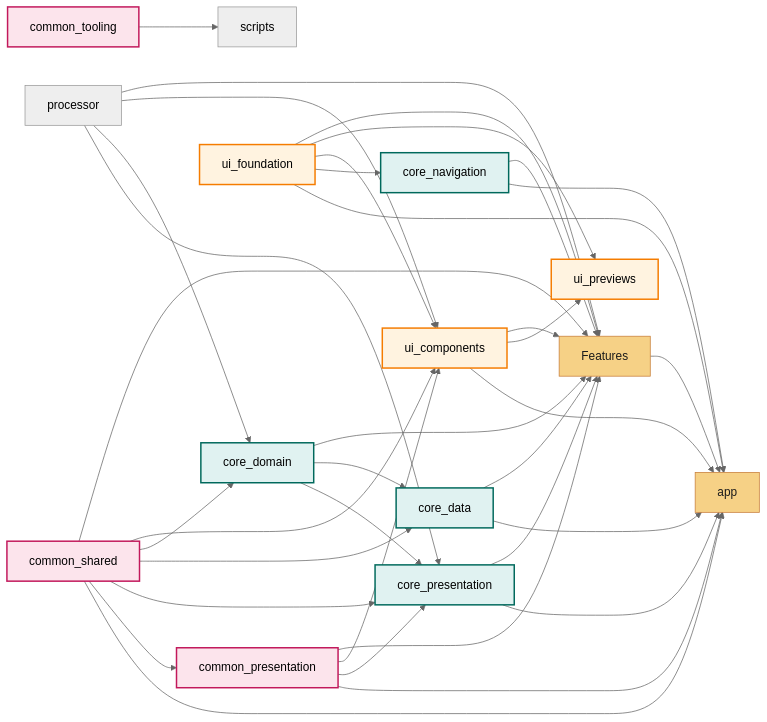
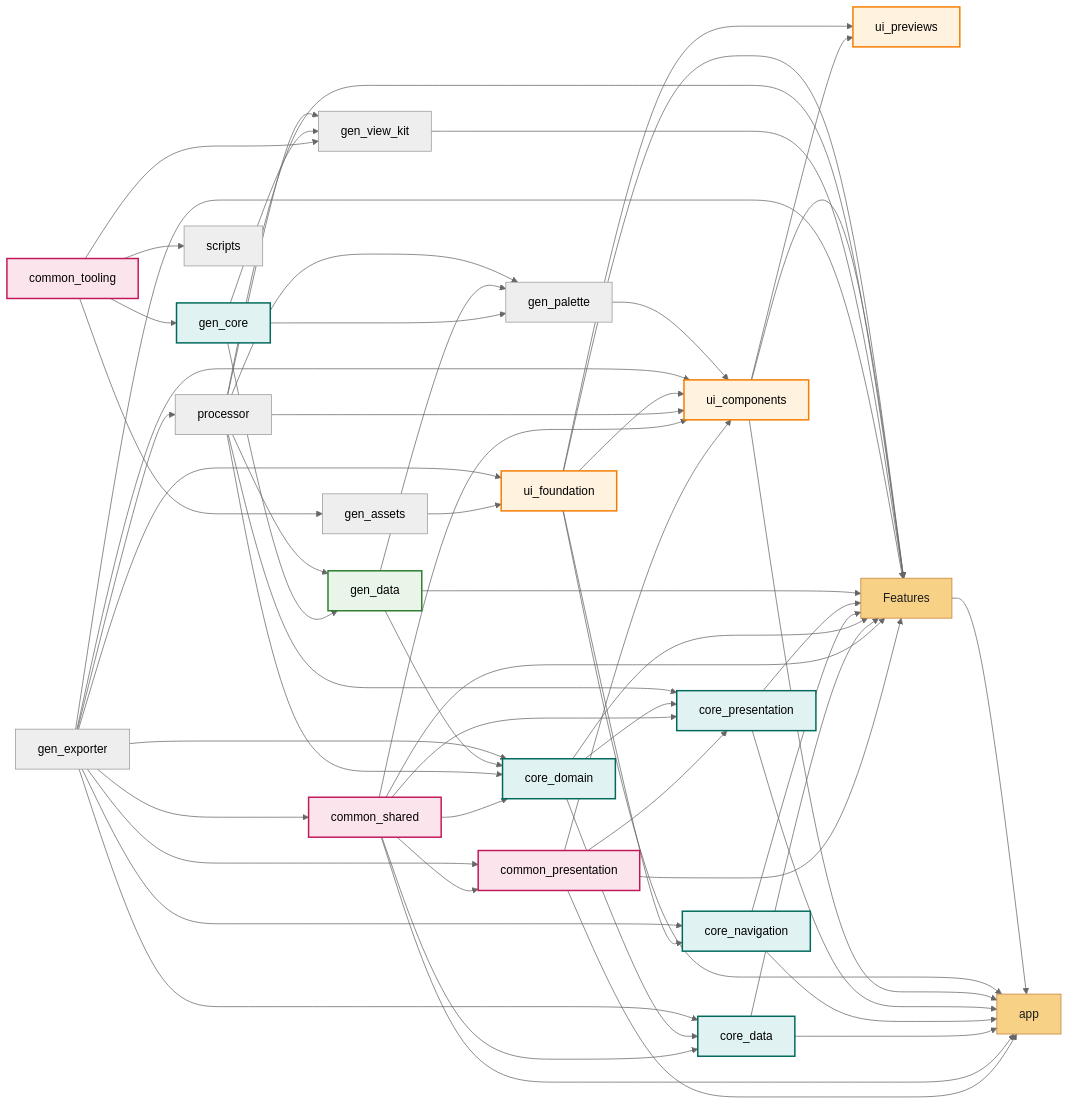
Before and after one commit to hhumbetovv/fullstack-template: the first of 4 diagrams in flutter/module_graph.md, drawn with Mermaid (neutral theme). The commit also changed other lines of this file and 9 other files, not shown here.

```diff
--- a/flutter/module_graph.md
+++ b/flutter/module_graph.md
@@ -19,6 +19,14 @@
     core_navigation:::core
     core_presentation["core_presentation"]
     core_presentation:::core
+    gen_assets["gen_assets"]
+    gen_core["gen_core"]
+    gen_core:::core
+    gen_data["gen_data"]
+    gen_data:::data
+    gen_exporter["gen_exporter"]
+    gen_palette["gen_palette"]
+    gen_view_kit["gen_view_kit"]
     processor["processor"]
     scripts["scripts"]
     ui_components["ui_components"]
@@ -36,20 +44,41 @@
     core_presentation --> app
     ui_components --> app
     ui_foundation --> app
+    gen_exporter --> processor
+    common_tooling --> gen_core
+    common_tooling --> gen_assets
+    gen_core --> gen_data
+    processor --> gen_data
+    gen_core --> gen_palette
+    gen_data --> gen_palette
+    processor --> gen_palette
+    common_tooling --> gen_view_kit
+    gen_core --> gen_view_kit
+    processor --> gen_view_kit
+    gen_exporter --> common_shared
     common_shared --> common_presentation
+    gen_exporter --> common_presentation
     common_presentation --> core_presentation
     common_shared --> core_presentation
     core_domain --> core_presentation
     processor --> core_presentation
     ui_foundation --> core_navigation
+    gen_exporter --> core_navigation
     common_shared --> core_data
     core_domain --> core_data
+    gen_exporter --> core_data
     common_shared --> core_domain
     processor --> core_domain
+    gen_data --> core_domain
+    gen_exporter --> core_domain
+    gen_assets --> ui_foundation
+    gen_exporter --> ui_foundation
     common_presentation --> ui_components
     common_shared --> ui_components
     processor --> ui_components
     ui_foundation --> ui_components
+    gen_exporter --> ui_components
+    gen_palette --> ui_components
     ui_components --> ui_previews
     ui_foundation --> ui_previews
     features["Features"]
@@ -60,11 +89,15 @@
     core_domain --> features
     core_navigation --> features
     core_presentation --> features
+    gen_data --> features
+    gen_exporter --> features
+    gen_view_kit --> features
     processor --> features
     ui_components --> features
     ui_foundation --> features
     features --> app
 
+    classDef data fill:#e8f5e8,stroke:#2e7d32,stroke-width:2px,color:#000000;
     classDef ui fill:#fff3e0,stroke:#f57c00,stroke-width:2px,color:#000000;
     classDef common fill:#fce4ec,stroke:#c2185b,stroke-width:2px,color:#000000;
     classDef core fill:#e0f2f1,stroke:#00695c,stroke-width:2px,color:#000000;
```
